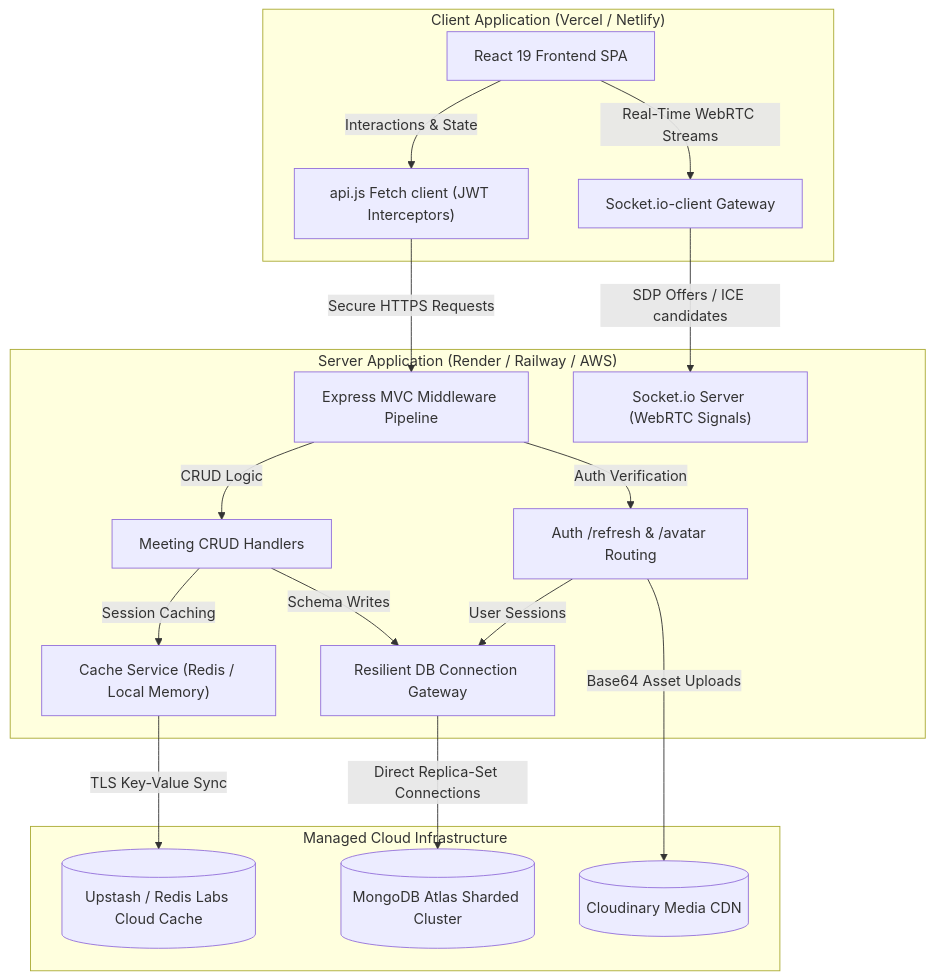
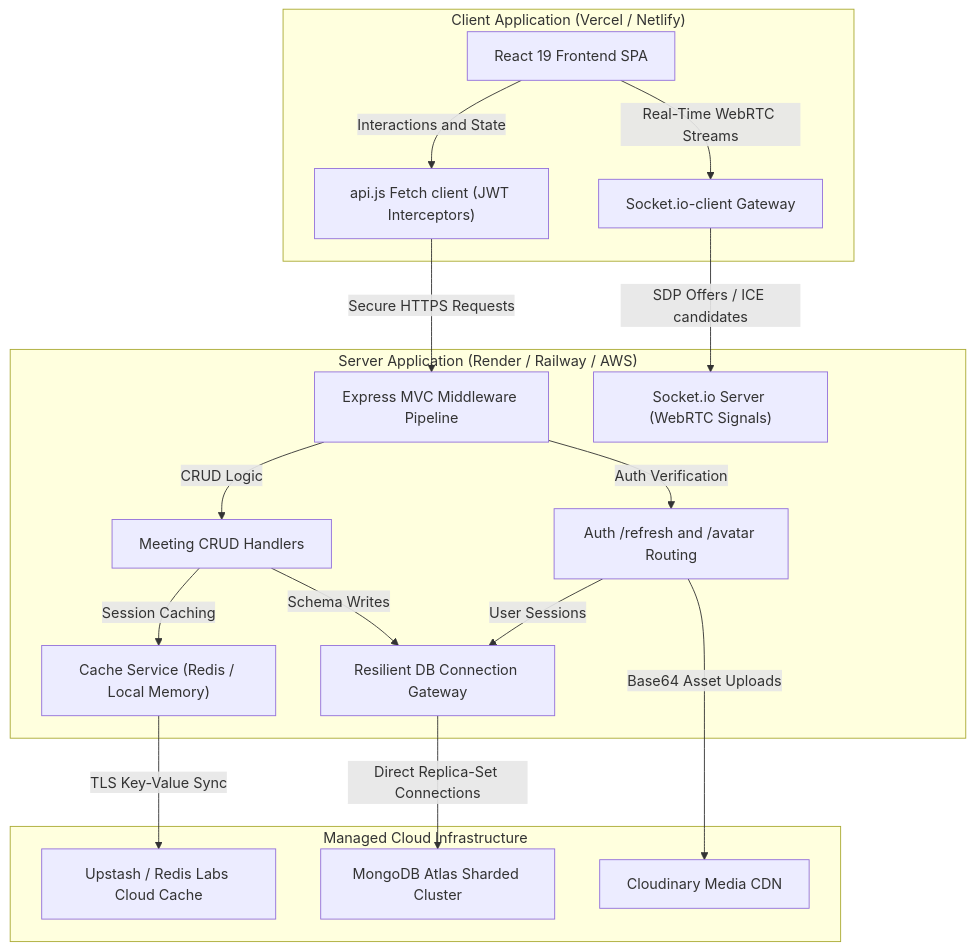
The first of 2 diagrams in README.md (Shanjiv931/IntellMeet-dev-team1), drawn with Mermaid before and after one commit. The commit also changed 1 other file, not shown here.

Commit message:
docs(readme): fix mermaid syntax errors

````diff
--- a/README.md
+++ b/README.md
@@ -33,37 +33,37 @@
 ```mermaid
 graph TD
     subgraph "Client Application (Vercel / Netlify)"
         React["React 19 Frontend SPA"]
         API["api.js Fetch client (JWT Interceptors)"]
         SocketClient["Socket.io-client Gateway"]
       end
     
     subgraph "Server Application (Render / Railway / AWS)"
         Express["Express MVC Middleware Pipeline"]
         MeetingCRUD["Meeting CRUD Handlers"]
-        AuthRot["Auth /refresh & /avatar Routing"]
+        AuthRot["Auth /refresh and /avatar Routing"]
         SocketServer["Socket.io Server (WebRTC Signals)"]
         CacheService["Cache Service (Redis / Local Memory)"]
         DBService["Resilient DB Connection Gateway"]
       end
 
     subgraph "Managed Cloud Infrastructure"
-        MongoDB[("MongoDB Atlas Sharded Cluster")]
-        Redis[("Upstash / Redis Labs Cloud Cache")]
-        Cloudinary[("Cloudinary Media CDN")]
+        MongoDB["MongoDB Atlas Sharded Cluster"]
+        Redis["Upstash / Redis Labs Cloud Cache"]
+        Cloudinary["Cloudinary Media CDN"]
       end
 
-    React -->|Interactions & State| API
+    React -->|Interactions and State| API
     React -->|Real-Time WebRTC Streams| SocketClient
     API -->|Secure HTTPS Requests| Express
     SocketClient -->|SDP Offers / ICE candidates| SocketServer
     Express -->|CRUD Logic| MeetingCRUD
     Express -->|Auth Verification| AuthRot
     MeetingCRUD -->|Session Caching| CacheService
     MeetingCRUD -->|Schema Writes| DBService
     AuthRot -->|User Sessions| DBService
     
     CacheService -->|TLS Key-Value Sync| Redis
     DBService -->|Direct Replica-Set Connections| MongoDB
     AuthRot -->|Base64 Asset Uploads| Cloudinary
 ```
````
